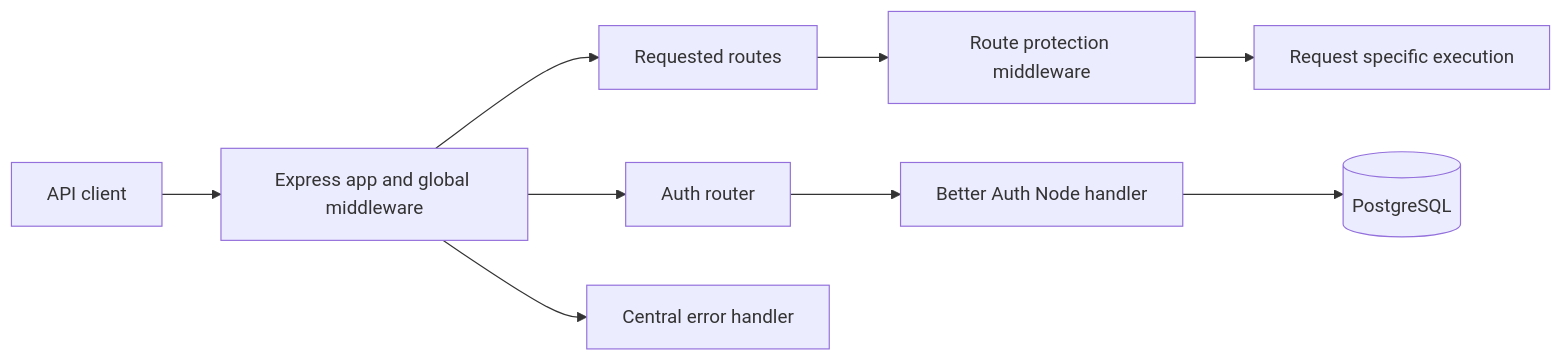
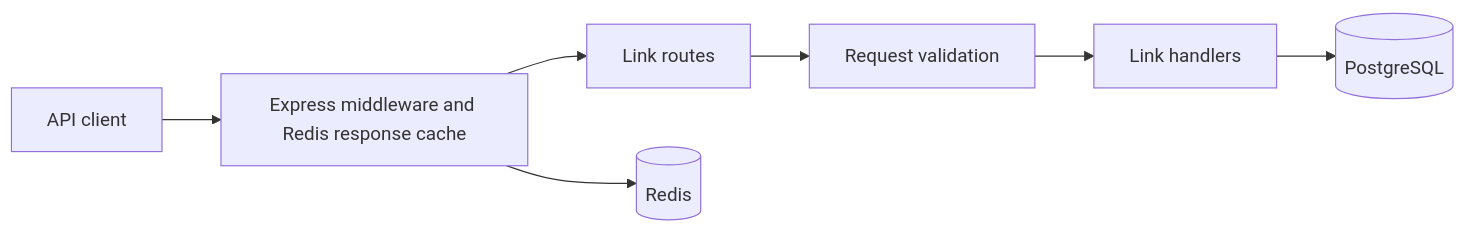
One commit to thantpyaeshine/tiny-url changed the diagram in .instructions/architecture.md. Above: the diagram before and after it, drawn with Mermaid. The commit also changed other lines of this file and 12 other files, not shown here.

Commit message:
feat: implement caching with Redis and update application architecture

````diff
--- a/.instructions/architecture.md
+++ b/.instructions/architecture.md
@@ -23,11 +22,9 @@
 ```mermaid
 flowchart LR
-    client[API client] --> app[Express app and global middleware]
-    app --> route[Requested routes]
-    route --> protect[Route protection middleware]
-    protect --> controller[Request specific execution]
-    app --> authRoute[Auth router]
-    authRoute --> betterAuth[Better Auth Node handler]
-    betterAuth --> postgres[(PostgreSQL)]
-    app --> errors[Central error handler]
+    client[API client] --> middleware[Express middleware and Redis response cache]
+    middleware --> routes[Link routes]
+    routes --> validation[Request validation]
+    validation --> handlers[Link handlers]
+    handlers --> postgres[(PostgreSQL)]
+    middleware --> redis[(Redis)]
 ```
````
